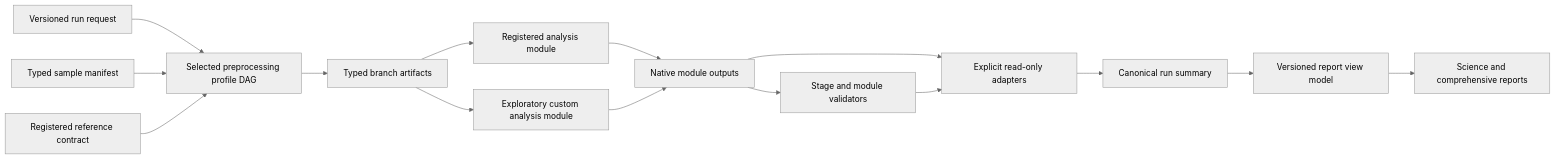
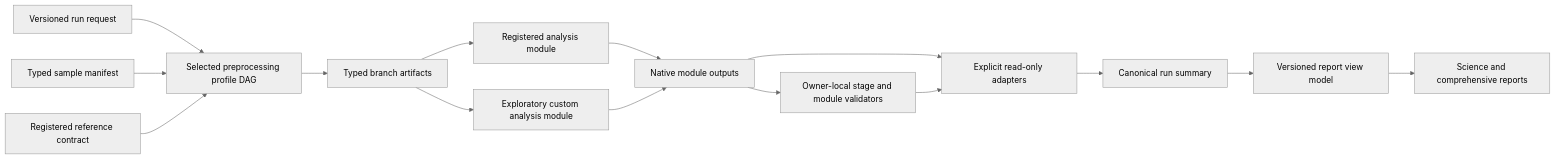
One commit to lab-cats/EMRYS changed the diagram in docs/architecture/diagrams/future_modular_pipeline.mmd. Above: the diagram before and after it, drawn with Mermaid (neutral theme). The commit also changed 26 other files, not shown here.

```diff
--- a/docs/architecture/diagrams/future_modular_pipeline.mmd
+++ b/docs/architecture/diagrams/future_modular_pipeline.mmd
@@ -1,15 +1,15 @@
 flowchart LR
     request["Versioned run request"] --> profile["Selected preprocessing profile DAG"]
     samples["Typed sample manifest"] --> profile
     reference["Registered reference contract"] --> profile
     profile --> artifacts["Typed branch artifacts"]
     artifacts --> builtin["Registered analysis module"]
     artifacts --> custom["Exploratory custom analysis module"]
     builtin --> native["Native module outputs"]
     custom --> native
-    native --> validators["Stage and module validators"]
+    native --> validators["Owner-local stage and module validators"]
     native --> adapters["Explicit read-only adapters"]
     validators --> adapters
     adapters --> summary["Canonical run summary"]
     summary --> view["Versioned report view model"]
     view --> reports["Science and comprehensive reports"]
```
